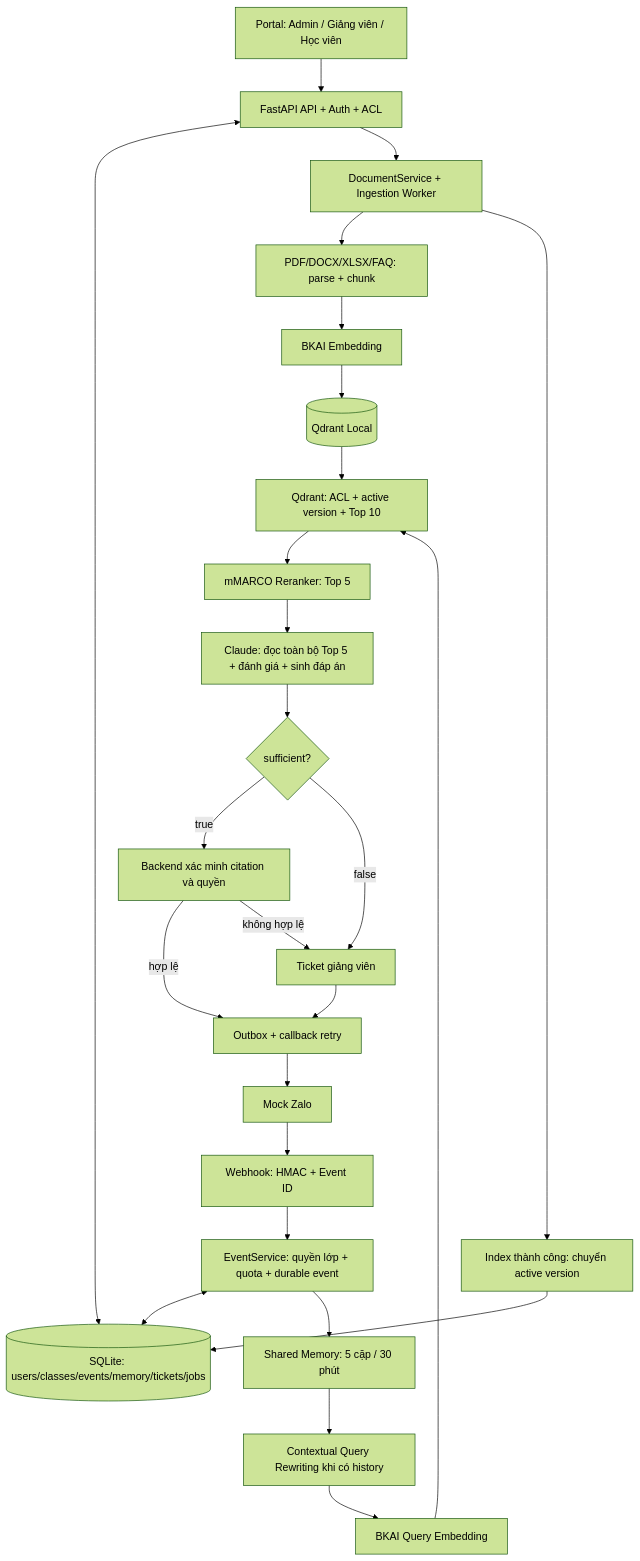
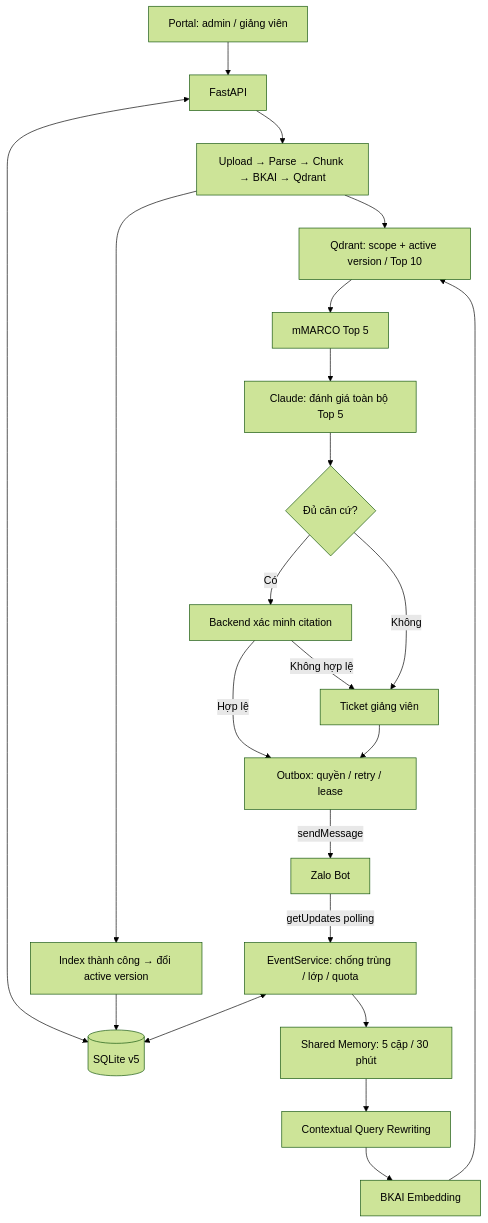
Before and after one commit to hoanglongvbhp0703-sys/AI-TEACHING-ASSISTANT: the diagram in ban_giao/02_kien_truc/architecture.mmd, drawn with Mermaid (forest theme). The commit also changed 25 other files, not shown here.

```diff
--- a/ban_giao/02_kien_truc/architecture.mmd
+++ b/ban_giao/02_kien_truc/architecture.mmd
@@ -1,26 +1,22 @@
 flowchart TD
-    P[Portal: Admin / Giảng viên / Học viên] --> API[FastAPI API + Auth + ACL]
-    Z[Mock Zalo] --> W[Webhook: HMAC + Event ID]
-    W --> E[EventService: quyền lớp + quota + durable event]
-    API <--> DB[(SQLite: users/classes/events/memory/tickets/jobs)]
+    P[Portal: admin / giảng viên] --> B[FastAPI]
+    Z[Zalo Bot] -->|getUpdates polling| E[EventService: chống trùng / lớp / quota]
+    B <--> DB[(SQLite v5)]
     E <--> DB
-    API --> ING[DocumentService + Ingestion Worker]
-    ING --> PARSE[PDF/DOCX/XLSX/FAQ: parse + chunk]
-    PARSE --> EMB[BKAI Embedding]
-    EMB --> V[(Qdrant Local)]
-    ING --> ACTIVE[Index thành công: chuyển active version]
-    ACTIVE --> DB
-    E --> MEM[Shared Memory: 5 cặp / 30 phút]
-    MEM --> RW[Contextual Query Rewriting khi có history]
-    RW --> QE[BKAI Query Embedding]
-    QE --> RET[Qdrant: ACL + active version + Top 10]
-    V --> RET
-    RET --> RR[mMARCO Reranker: Top 5]
-    RR --> L[Claude: đọc toàn bộ Top 5 + đánh giá + sinh đáp án]
-    L --> D{sufficient?}
-    D -->|true| C[Backend xác minh citation và quyền]
-    D -->|false| H[Ticket giảng viên]
-    C -->|hợp lệ| O[Outbox + callback retry]
-    C -->|không hợp lệ| H
-    H --> O
-    O --> Z
+    B --> I[Upload → Parse → Chunk → BKAI → Qdrant]
+    I --> A[Index thành công → đổi active version]
+    A --> DB
+    E --> M[Shared Memory: 5 cặp / 30 phút]
+    M --> Q[Contextual Query Rewriting]
+    Q --> V[BKAI Embedding]
+    V --> R[Qdrant: scope + active version / Top 10]
+    I --> R
+    R --> RR[mMARCO Top 5]
+    RR --> L[Claude: đánh giá toàn bộ Top 5]
+    L --> G{Đủ căn cứ?}
+    G -->|Có| C[Backend xác minh citation]
+    G -->|Không| T[Ticket giảng viên]
+    C -->|Hợp lệ| O[Outbox: quyền / retry / lease]
+    C -->|Không hợp lệ| T
+    T --> O
+    O -->|sendMessage| Z
```
